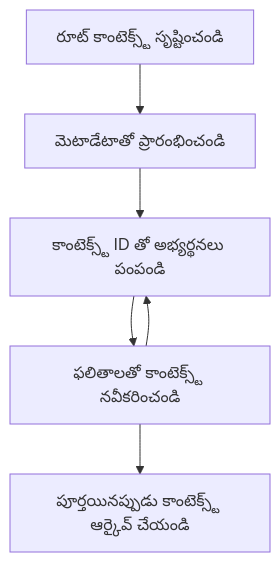
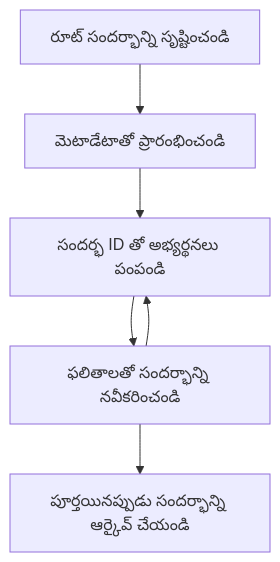
Before and after one commit to HIDORAKAI002/ai-workspace-archive: the diagram in mcp_ecosystem__model_context_protocol/mcp_learning_resources/mcp-for-beginners/translations/te/05-AdvancedTopics/mcp-root-contexts/README.md, drawn with Mermaid. The commit also changed other lines of this file and 5721 other files, not shown here.

````diff
--- a/mcp_ecosystem__model_context_protocol/mcp_learning_resources/mcp-for-beginners/translations/te/05-AdvancedTopics/mcp-root-contexts/README.md
+++ b/mcp_ecosystem__model_context_protocol/mcp_learning_resources/mcp-for-beginners/translations/te/05-AdvancedTopics/mcp-root-contexts/README.md
@@ -37,8 +41,8 @@
 ```mermaid
 flowchart TD
-    A[రూట్ కాంటెక్స్ట్ సృష్టించండి] --> B[మెటాడేటాతో ప్రారంభించండి]
-    B --> C[కాంటెక్స్ట్ ID తో అభ్యర్థనలు పంపండి]
-    C --> D[ఫలితాలతో కాంటెక్స్ట్ నవీకరించండి]
+    A[రూట్ సందర్భాన్ని సృష్టించండి] --> B[మెటాడేటాతో ప్రారంభించండి]
+    B --> C[సందర్భ ID తో అభ్యర్థనలు పంపండి]
+    C --> D[ఫలితాలతో సందర్భాన్ని నవీకరించండి]
     D --> C
-    D --> E[పూర్తయినప్పుడు కాంటెక్స్ట్ ఆర్కైవ్ చేయండి]
+    D --> E[పూర్తయినప్పుడు సందర్భాన్ని ఆర్కైవ్ చేయండి]
 ```
````
